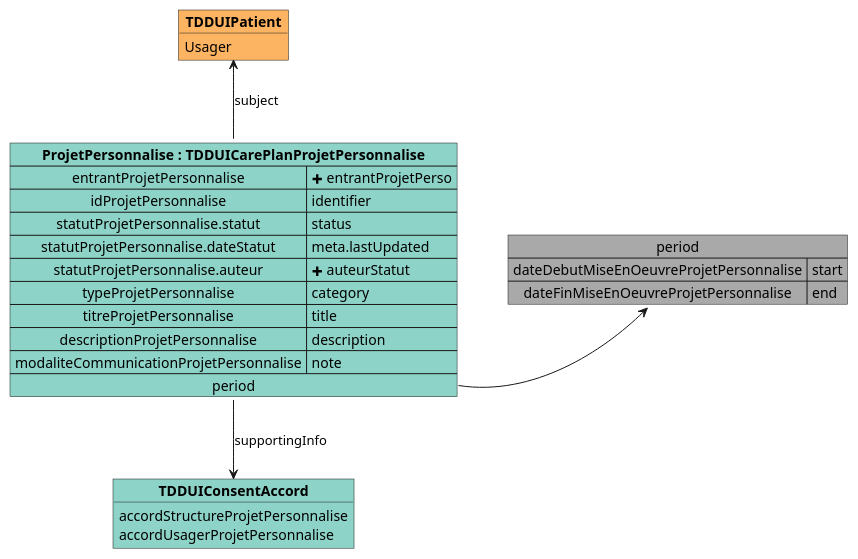
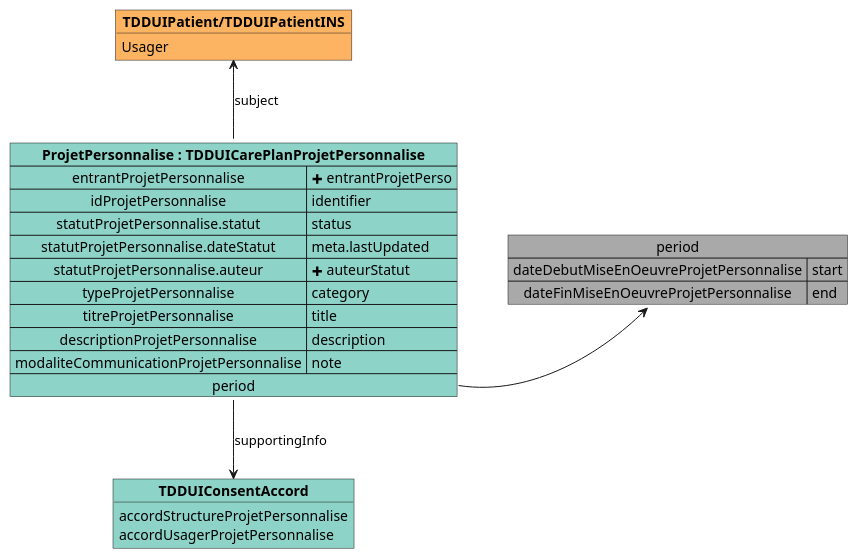
The diagram in input/images-source/mapping_TDDUICarePlanProjetPerso.plantuml (ansforge/IG-fhir-medicosocial-transfert-donnees-dui), drawn with PlantUML before and after one commit. The commit also changed 17 other files, not shown here.

```diff
--- a/input/images-source/mapping_TDDUICarePlanProjetPerso.plantuml
+++ b/input/images-source/mapping_TDDUICarePlanProjetPerso.plantuml
@@ -1,33 +1,33 @@
 @startuml
 
 map "period" as period #DarkGray {
     dateDebutMiseEnOeuvreProjetPersonnalise => start
     dateFinMiseEnOeuvreProjetPersonnalise => end
 }
 
-object "**TDDUIPatient**" as TDDUIPatient_subject #fdb462 {
+object "**TDDUIPatient/TDDUIPatientINS**" as TDDUIPatient_subject #fdb462 {
     Usager
 }
 
 object "**TDDUIConsentAccord**" as TDDUIConsentAccord #8dd3c7 {
     accordStructureProjetPersonnalise
     accordUsagerProjetPersonnalise
 }
 
 map "**ProjetPersonnalise : TDDUICarePlanProjetPersonnalise**" as ProjetPersonnalise #8dd3c7 {
     entrantProjetPersonnalise => <&plus> entrantProjetPerso
     idProjetPersonnalise => identifier
     statutProjetPersonnalise.statut => status
     statutProjetPersonnalise.dateStatut => meta.lastUpdated
     statutProjetPersonnalise.auteur => <&plus> auteurStatut
     typeProjetPersonnalise => category
     titreProjetPersonnalise => title
     descriptionProjetPersonnalise => description
     modaliteCommunicationProjetPersonnalise => note
     period *-> period
 }
 
 ProjetPersonnalise -u-> TDDUIPatient_subject : subject
 ProjetPersonnalise -d-> TDDUIConsentAccord : supportingInfo
 
 @enduml
```
